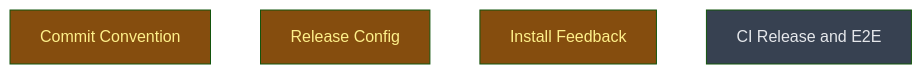
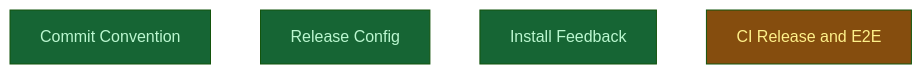
The diagram in __roadmap__/update-flow-hardening/README.md (LittleCoinCoin/sift), drawn with Mermaid (forest theme) before and after one commit. The commit also changed other lines of this file and 1 other file, not shown here.

Commit message:
rdm(update-flow-hardening): close level 1 and start level 2
All three L1 leaves passed adversarial review and landed. The seam
check holds on the integration tip: package.json reads 0.1.4,
commitizen computes 0.2.0 as the next version, the release-config
checker agrees, and every gate is green (svelte-check 102 files,
55 node tests, 42 rust tests, lockfile unchanged since the campaign
base). Level 2 runs CI, the release workflow and both E2E layers in
parallel.

````diff
--- a/__roadmap__/update-flow-hardening/README.md
+++ b/__roadmap__/update-flow-hardening/README.md
@@ -34,12 +34,12 @@
 ```mermaid
 graph TD
-    commit_convention[Commit Convention]:::inprogress
-    release_config[Release Config]:::inprogress
-    install_feedback[Install Feedback]:::inprogress
-    next[CI Release and E2E]:::planned
+    commit_convention[Commit Convention]:::done
+    release_config[Release Config]:::done
+    install_feedback[Install Feedback]:::done
+    next[CI Release and E2E]:::inprogress
     classDef done       fill:#166534,color:#bbf7d0
     classDef inprogress fill:#854d0e,color:#fef08a
     classDef planned    fill:#374151,color:#e5e7eb
     classDef amendment  fill:#1e3a5f,color:#bfdbfe
     classDef blocked    fill:#7f1d1d,color:#fecaca
 ```
````
